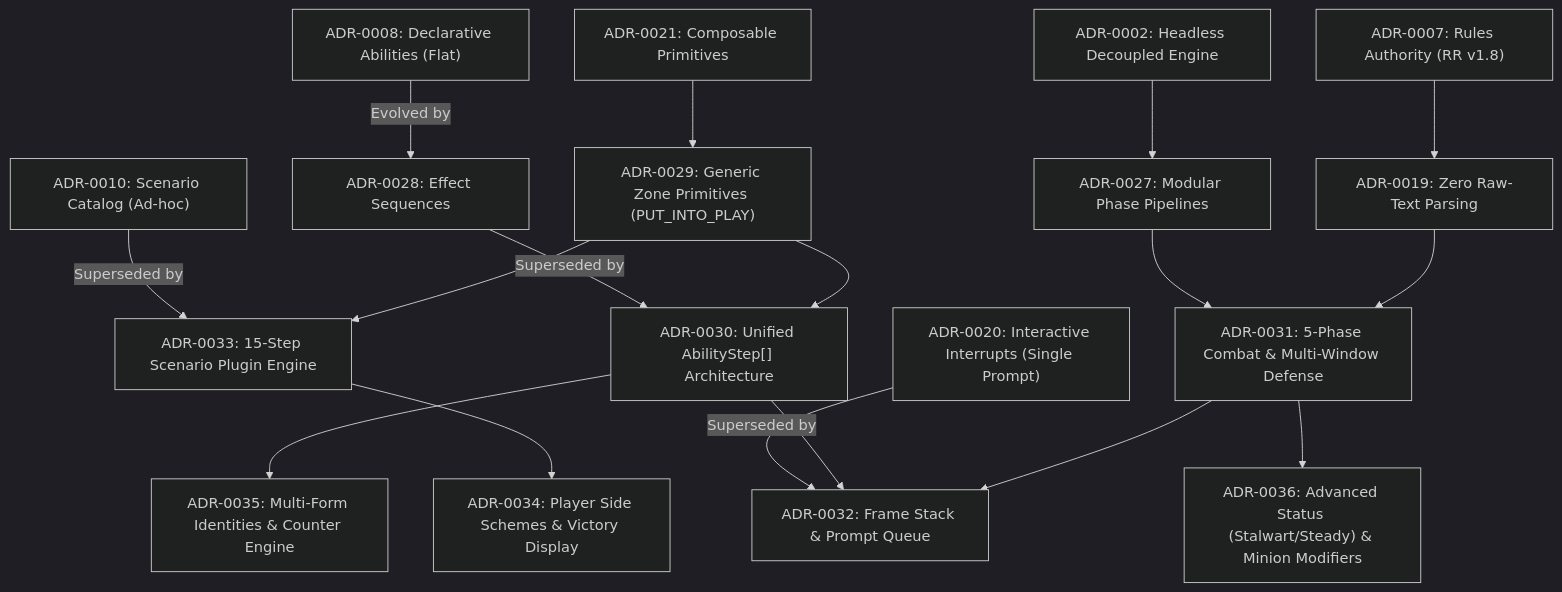
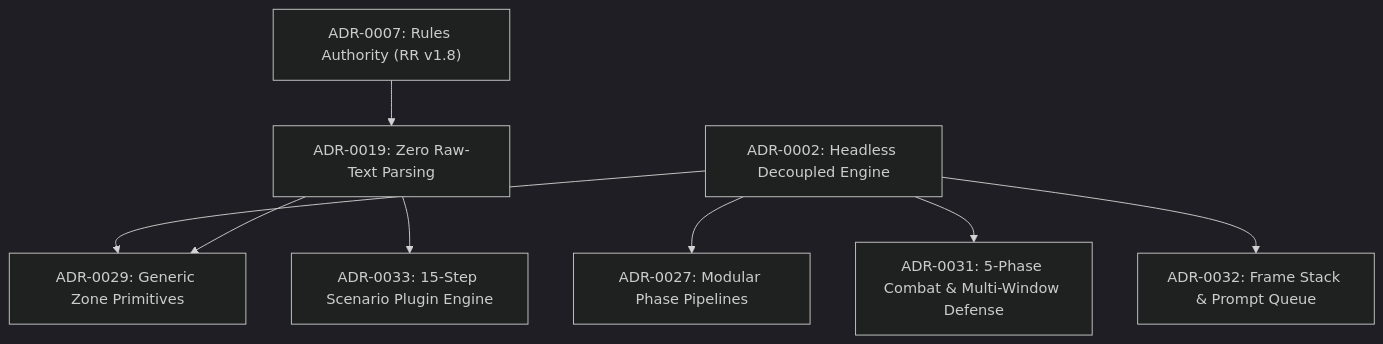
Before and after one commit to SteveRodrigue/MCD: the first of 6 diagrams in docs/decisions/README.md, drawn with Mermaid (dark theme). The commit also changed other lines of this file and 17 other files, not shown here.

````diff
--- a/docs/decisions/README.md
+++ b/docs/decisions/README.md
@@ -20,30 +32,10 @@
 ```mermaid
 graph TD
-    %% Foundation & Core Invariants
     ADR02["ADR-0002: Headless Decoupled Engine"] --> ADR27["ADR-0027: Modular Phase Pipelines"]
+    ADR02 --> ADR29["ADR-0029: Generic Zone Primitives"]
+    ADR02 --> ADR31["ADR-0031: 5-Phase Combat & Multi-Window Defense"]
+    ADR02 --> ADR32["ADR-0032: Frame Stack & Prompt Queue"]
     ADR07["ADR-0007: Rules Authority (RR v1.8)"] --> ADR19["ADR-0019: Zero Raw-Text Parsing"]
-    
-    %% Ability & Schema Lineage
-    ADR08["ADR-0008: Declarative Abilities (Flat)"] -->|Evolved by| ADR28["ADR-0028: Effect Sequences"]
-    ADR28 -->|Superseded by| ADR30["ADR-0030: Unified AbilityStep[] Architecture"]
-    ADR21["ADR-0021: Composable Primitives"] --> ADR29["ADR-0029: Generic Zone Primitives (PUT_INTO_PLAY)"]
-    ADR29 --> ADR30
-    
-    %% Combat & Defense Lineage
-    ADR27 --> ADR31["ADR-0031: 5-Phase Combat & Multi-Window Defense"]
-    ADR19 --> ADR31
-    
-    %% Resolution Stack Lineage
-    ADR20["ADR-0020: Interactive Interrupts (Single Prompt)"] -->|Superseded by| ADR32["ADR-0032: Frame Stack & Prompt Queue"]
-    ADR30 --> ADR32
-    ADR31 --> ADR32
-    
-    %% Scenario Setup Lineage
-    ADR10["ADR-0010: Scenario Catalog (Ad-hoc)"] -->|Superseded by| ADR33["ADR-0033: 15-Step Scenario Plugin Engine"]
-    ADR29 --> ADR33
-    ADR33 --> ADR34["ADR-0034: Player Side Schemes & Victory Display"]
-    
-    %% Advanced Expansion Lineage
-    ADR30 --> ADR35["ADR-0035: Multi-Form Identities & Counter Engine"]
-    ADR31 --> ADR36["ADR-0036: Advanced Status (Stalwart/Steady) & Minion Modifiers"]
+    ADR19 --> ADR29
+    ADR19 --> ADR33["ADR-0033: 15-Step Scenario Plugin Engine"]
 ```
````
